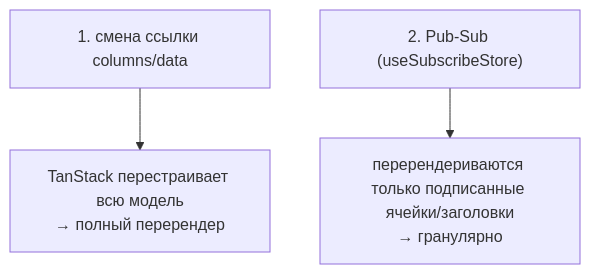
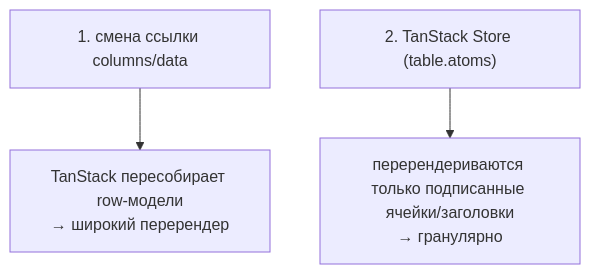
One commit to tessera-grid/tessera changed the diagram in docs/architecture/reactivity.md. Above: the diagram before and after it, drawn with Mermaid. The commit also changed other lines of this file and 9 other files, not shown here.

First line of the commit message:
docs: синхронизация документации под TanStack Table v9

````diff
--- a/docs/architecture/reactivity.md
+++ b/docs/architecture/reactivity.md
@@ -7,5 +7,5 @@
 ```mermaid
 flowchart TB
-    A["1. смена ссылки columns/data"] --> AR["TanStack перестраивает всю модель<br/>→ полный перерендер"]
-    C["2. Pub-Sub (useSubscribeStore)"] --> CR["перерендериваются только подписанные ячейки/заголовки<br/>→ гранулярно"]
+    A["1. смена ссылки columns/data"] --> AR["TanStack пересобирает row-модели<br/>→ широкий перерендер"]
+    C["2. TanStack Store (table.atoms)"] --> CR["перерендериваются только подписанные ячейки/заголовки<br/>→ гранулярно"]
 ```
````
